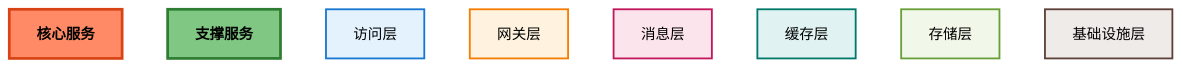
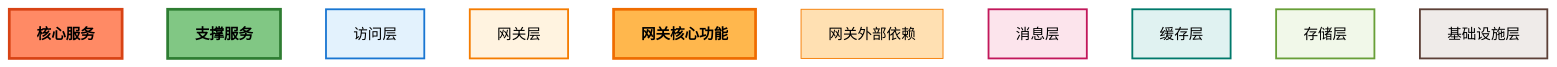
One commit to suogongy/pp-cex changed the second of 2 diagrams in docs/00-系统架构设计.md. Above: the diagram before and after it, drawn with Mermaid. The commit also changed other lines of this file, not shown here.

Commit message:
refactor架构图

````diff
--- a/docs/00-系统架构设计.md
+++ b/docs/00-系统架构设计.md
@@ -157,33 +161,39 @@
 ```mermaid
 graph TB
     CoreExample[核心服务]
     SupportExample[支撑服务]
     AccessExample[访问层]
     GatewayExample[网关层]
+    GatewayCoreExample[网关核心功能]
+    GatewayDepExample[网关外部依赖]
     MessageExample[消息层]
     CacheExample[缓存层]
     DataExample[存储层]
     InfraExample[基础设施层]
 
     %% 样式定义（与主图保持一致）
     classDef accessLayer fill:#e3f2fd,stroke:#1976d2,stroke-width:2px,color:#000
     classDef gatewayLayer fill:#fff3e0,stroke:#f57c00,stroke-width:2px,color:#000
+    classDef gatewayCore fill:#ffb74d,stroke:#ef6c00,stroke-width:3px,color:#000,font-weight:bold
+    classDef gatewayDependency fill:#ffe0b2,stroke:#f57c00,stroke-width:1px,color:#000
     classDef coreService fill:#ff8a65,stroke:#d84315,stroke-width:3px,color:#000,font-weight:bold
     classDef supportService fill:#81c784,stroke:#2e7d32,stroke-width:3px,color:#000,font-weight:bold
     classDef coreLabel fill:#ffccbc,stroke:#d84315,stroke-width:2px,color:#000,font-weight:bold,font-size:14px
     classDef messageLayer fill:#fce4ec,stroke:#c2185b,stroke-width:2px,color:#000
     classDef cacheLayer fill:#e0f2f1,stroke:#00796b,stroke-width:2px,color:#000
     classDef dataLayer fill:#f1f8e9,stroke:#689f38,stroke-width:2px,color:#000
     classDef infraLayer fill:#efebe9,stroke:#5d4037,stroke-width:2px,color:#000
 
     %% 图例样式应用
     class CoreExample coreService
     class SupportExample supportService
     class AccessExample accessLayer
     class GatewayExample gatewayLayer
+    class GatewayCoreExample gatewayCore
+    class GatewayDepExample gatewayDependency
     class MessageExample messageLayer
     class CacheExample cacheLayer
     class DataExample dataLayer
     class InfraExample infraLayer
     class LegendTitle coreLabel
 ```
````
